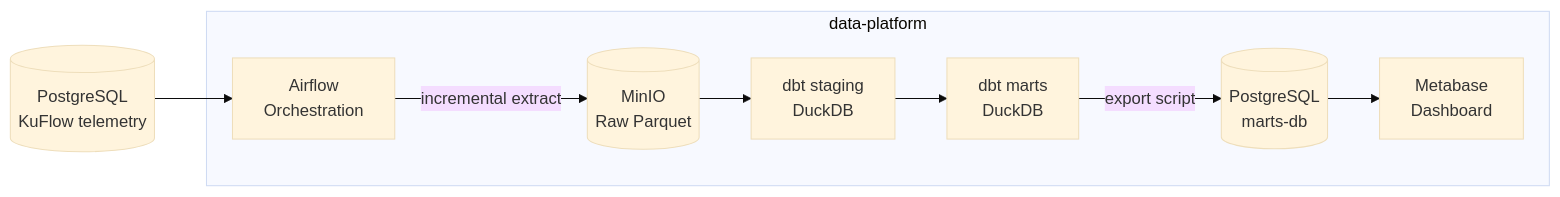
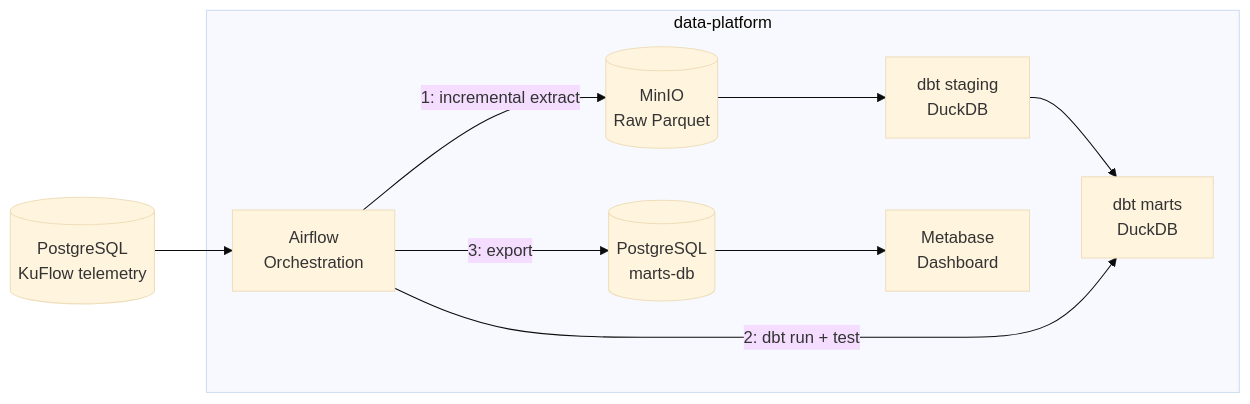
Before and after one commit to Rowlyge/data-platform: the diagram in README.md, drawn with Mermaid (base theme). The commit also changed other lines of this file, not shown here.

Commit message:
docs: document fully automated Airflow pipeline

````diff
--- a/README.md
+++ b/README.md
@@ -130,24 +130,25 @@
 ```mermaid
 flowchart LR
 
 Source[(PostgreSQL<br/>KuFlow telemetry)]
 
 subgraph data-platform
 
 Airflow[Airflow<br/>Orchestration]
 Raw[(MinIO<br/>Raw Parquet)]
 Staging[dbt staging<br/>DuckDB]
 Marts[dbt marts<br/>DuckDB]
 MartsDB[(PostgreSQL<br/>marts-db)]
 BI[Metabase<br/>Dashboard]
 
-Airflow -->|incremental extract| Raw
+Airflow -->|1: incremental extract| Raw
 Raw --> Staging
 Staging --> Marts
-Marts -->|export script| MartsDB
+Airflow -->|2: dbt run + test| Marts
+Airflow -->|3: export| MartsDB
 MartsDB --> BI
 
 end
 
 Source --> Airflow
 ```
````
